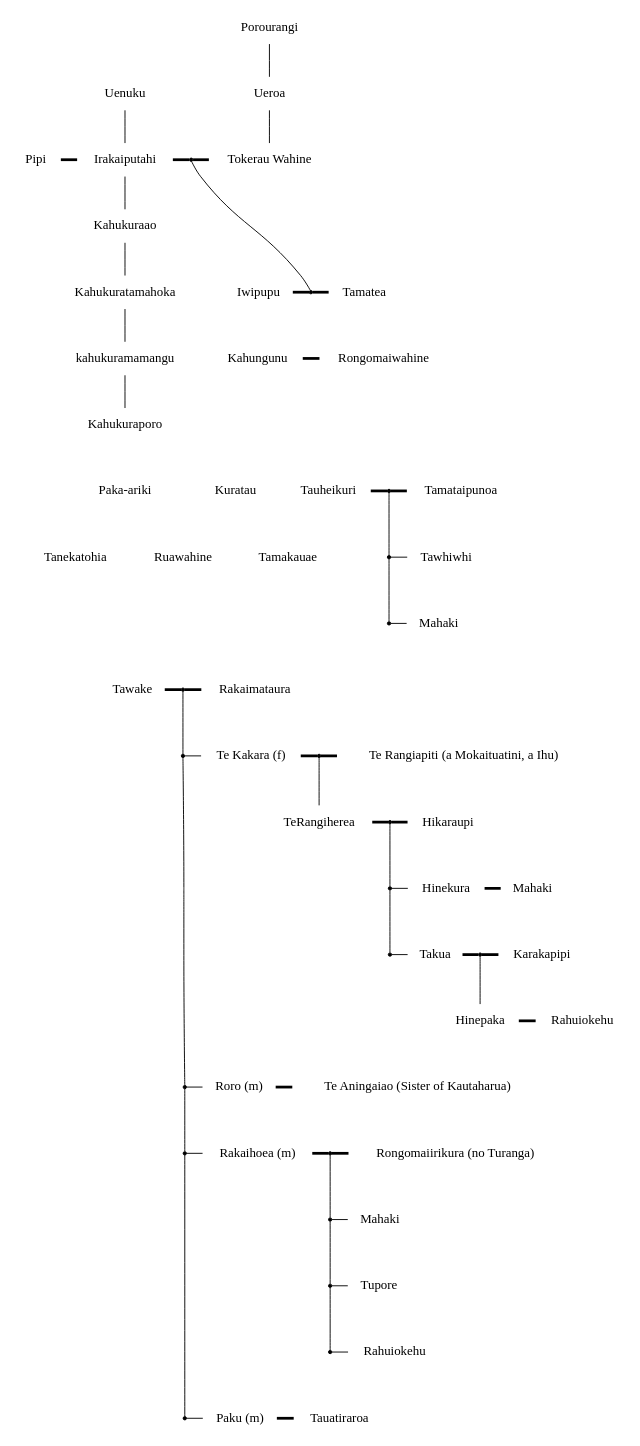
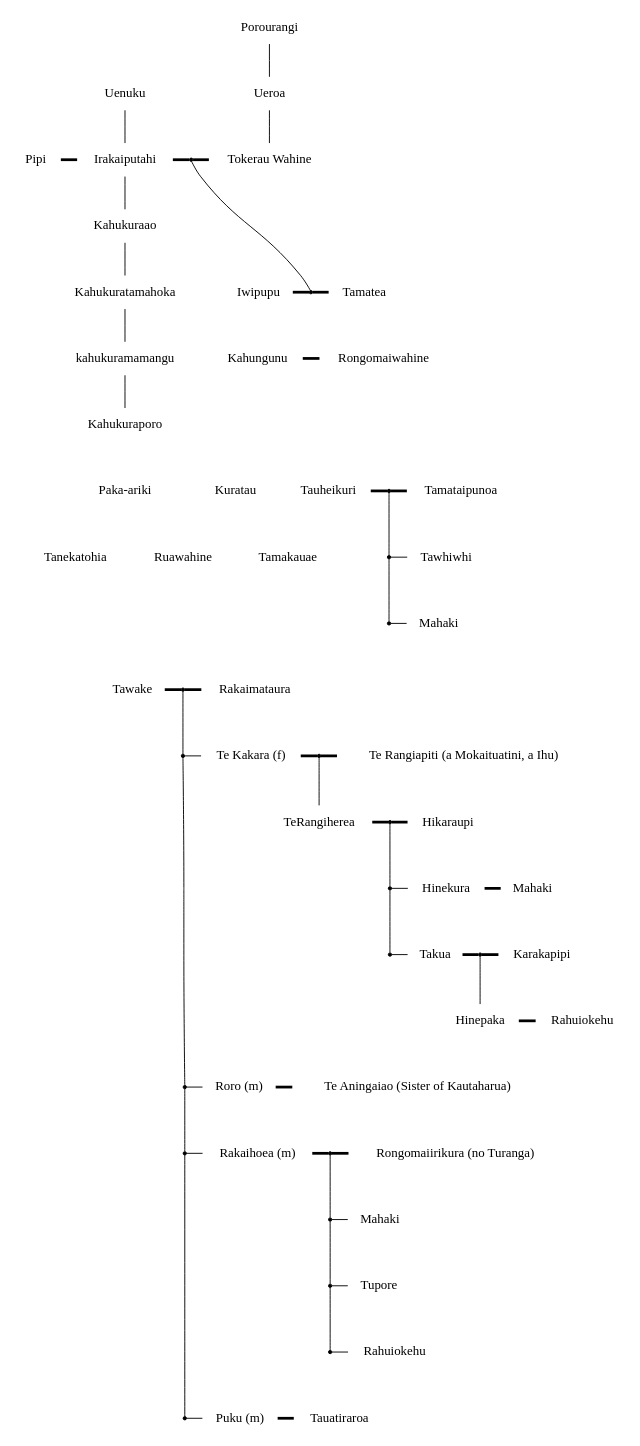
One commit to namelessmasses/whakapapa changed the diagram in Ina te whakapapa hei whakamarama - Diagram 1.dot. Above: the diagram before and after it, drawn with Graphviz.

Commit message:
Diagram 1: correct Paku -> Puku

```diff
--- a/Ina te whakapapa hei whakamarama - Diagram 1.dot
+++ b/Ina te whakapapa hei whakamarama - Diagram 1.dot
@@ -198,15 +198,15 @@
     Mahaki_2_row -- Tupore_row;
     Tupore_row -- Rahuiokehu_1_row;
 
-    Rakaihoea_row -- Paku_row[minlen=4];
+    Rakaihoea_row -- Puku_row[minlen=4];
 
-    Paku_row [shape=point, label=""];
-    Paku [label="Paku (m)"];
-    Paku_row -- Paku;
+    Puku_row [shape=point, label=""];
+    Puku [label="Puku (m)"];
+    Puku_row -- Puku;
 
     Tauatiraroa;
 
-    Paku -- Tauatiraroa [penwidth=3];
+    Puku -- Tauatiraroa [penwidth=3];
 
-    { rank=same; Paku_row, Paku, Tauatiraroa };
+    { rank=same; Puku_row, Puku, Tauatiraroa };
 }
```
